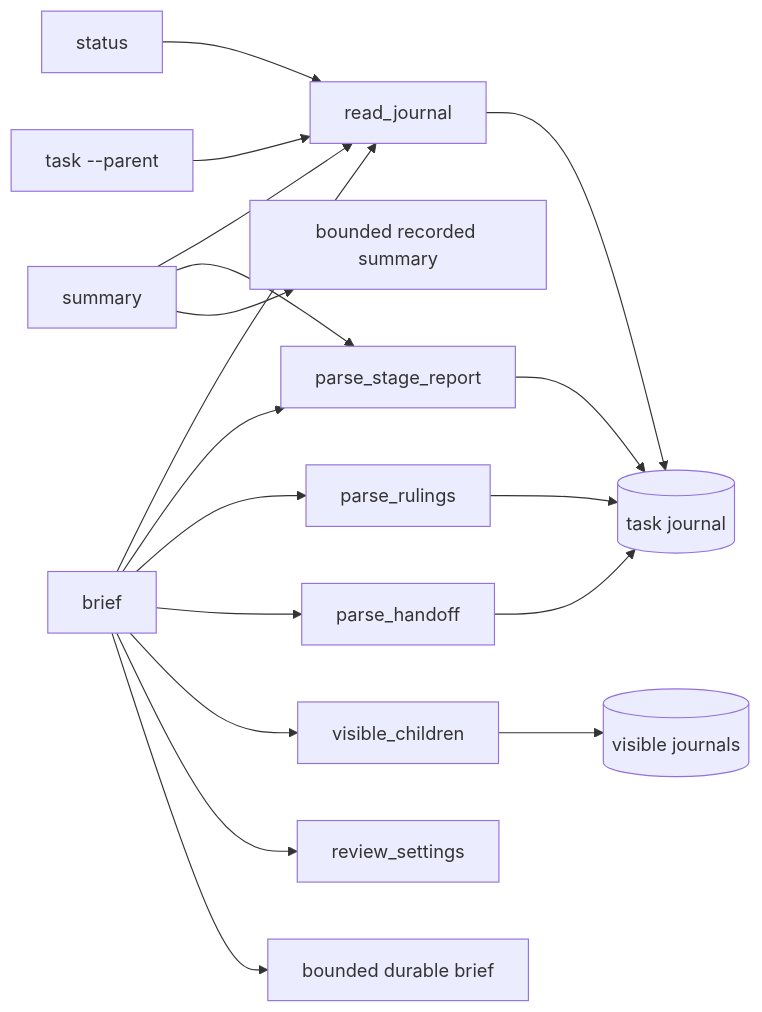
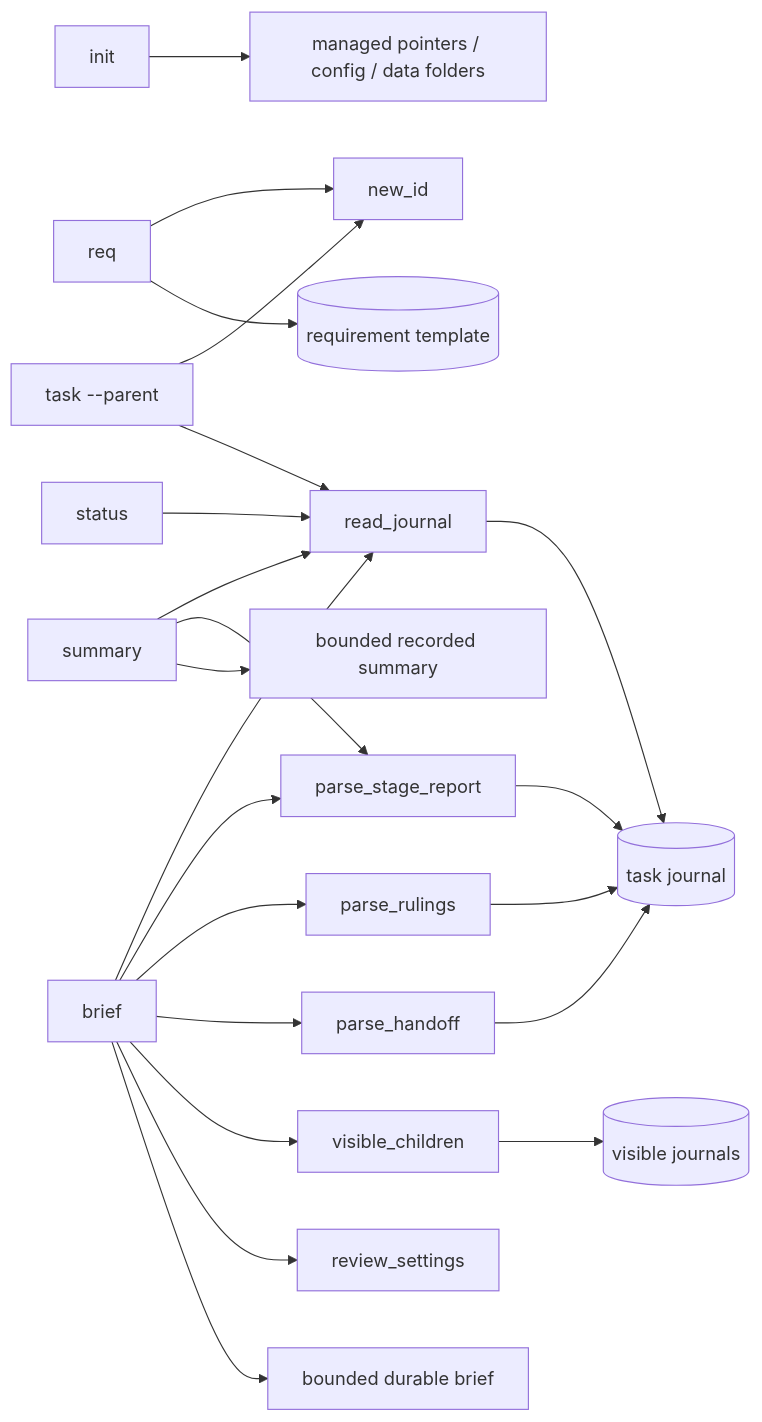
One commit to DDP-Engineering/Agentic_Engineering_Governance_Integrity_System changed the diagram in .agentic/knowledge/core-cli-lifecycle.md. Above: the diagram before and after it, drawn with Mermaid. The commit also changed other lines of this file and 19 other files, not shown here.

````diff
--- a/.agentic/knowledge/core-cli-lifecycle.md
+++ b/.agentic/knowledge/core-cli-lifecycle.md
@@ -78,20 +118,24 @@
 ```mermaid
 flowchart LR
+    init[init] --> install[managed pointers / config / data folders]
+    req[req] --> ids[new_id]
+    req --> reqtemplate[(requirement template)]
     status[status] --> read[read_journal]
-    task[task --parent] --> read
+    task[task --parent] --> ids
+    task --> read
     summary[summary] --> read
     brief[brief] --> read
     summary --> record[parse_stage_report]
     brief --> record
     brief --> rulings[parse_rulings]
     brief --> handoff[parse_handoff]
     brief --> children[visible_children]
     brief --> cfg[review_settings]
     record --> journal[(task journal)]
     rulings --> journal
     handoff --> journal
     children --> journals[(visible journals)]
     read --> journal
     summary --> output[bounded recorded summary]
     brief --> resume[bounded durable brief]
 ```
````
